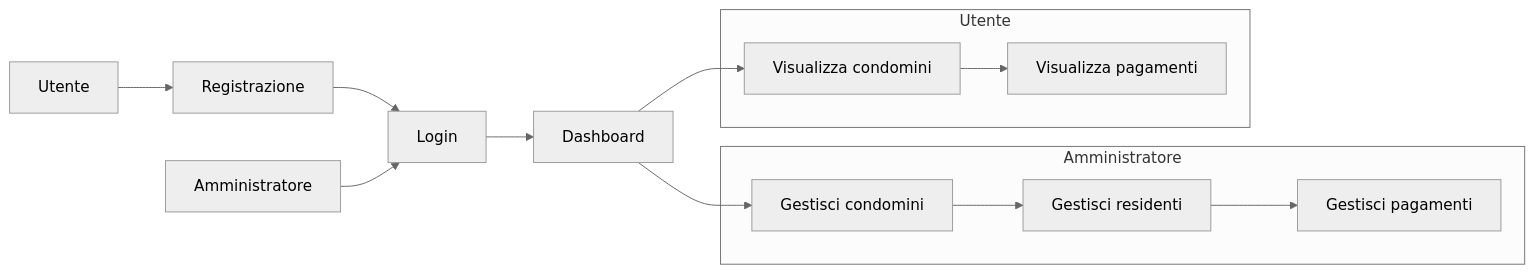
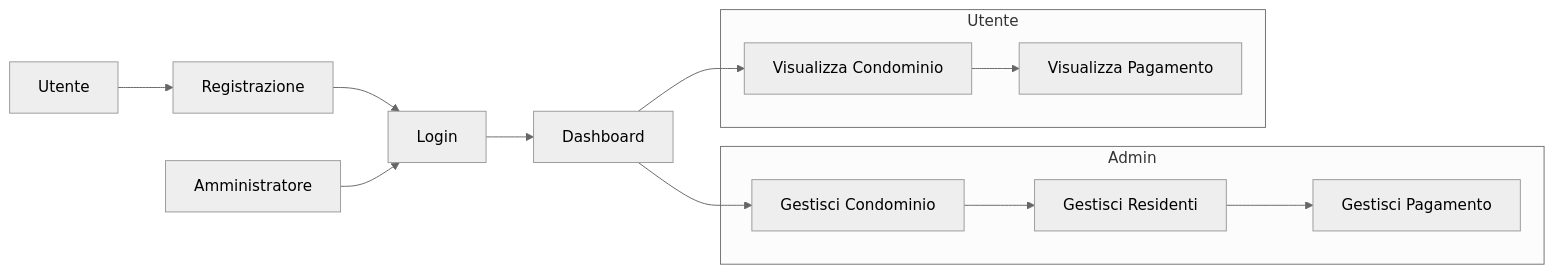
The first of 2 diagrams in slides/1.md (iacobucci/sviluppo_web_in_javascript), drawn with Mermaid before and after one commit. The commit also changed other lines of this file and 34 other files, not shown here.

```diff
--- a/slides/1.md
+++ b/slides/1.md
@@ -23,21 +23,19 @@
 <div class="mermaid" style="width: 45%">
 %%{init: {'theme': 'neutral', 'mirrorActors': false } }%%
-graph LR
+flowchart LR
 	USER[Utente] --> REGISTRAZIONE[Registrazione]
 	REGISTRAZIONE --> LOGIN[Login]
 	ADMIN[Amministratore] --> LOGIN
+	DASHBOARD --> VISUALCONDO
+	DASHBOARD --> GESTCONDO
+	subgraph Admin
+		GESTCONDO[Gestisci Condominio] --> GESTRES
+		GESTRES[Gestisci Residenti] --> GESTPAGAM[Gestisci Pagamento]
+	end
+	subgraph Utente
+		VISUALCONDO[Visualizza Condominio] --> VISUALPAGAM[Visualizza Pagamento]
+	end
 	LOGIN --> DASHBOARD[Dashboard]
 
-	DASHBOARD --> VISUALCONDO --> VISUALPAGAM
-	DASHBOARD --> GESTISCONDO --> GESTISRESID --> GESTISPAGAM
 
-	subgraph Amministratore
-		GESTISCONDO[Gestisci condomini]
-		GESTISRESID[Gestisci residenti]
-		GESTISPAGAM[Gestisci pagamenti]
-	end
-	subgraph Utente
-		VISUALCONDO[Visualizza condomini]
-		VISUALPAGAM[Visualizza pagamenti]
-	end
 </div>
```
